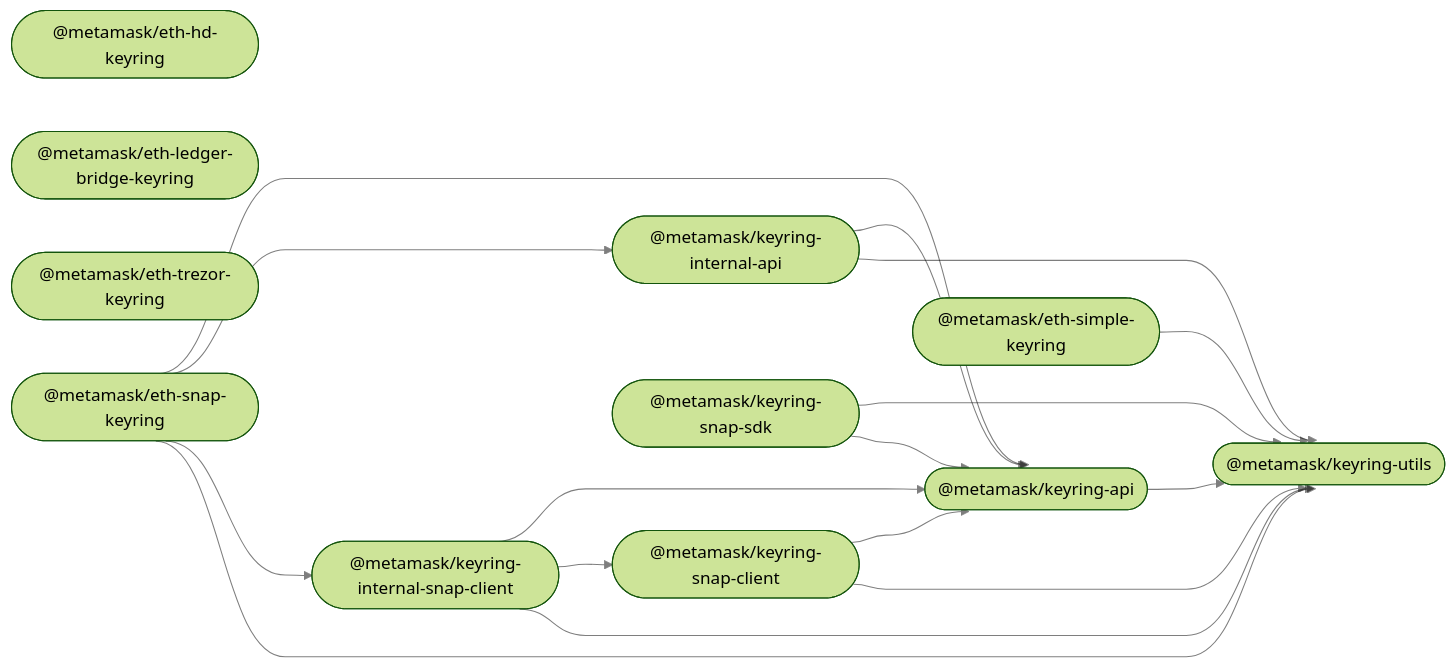
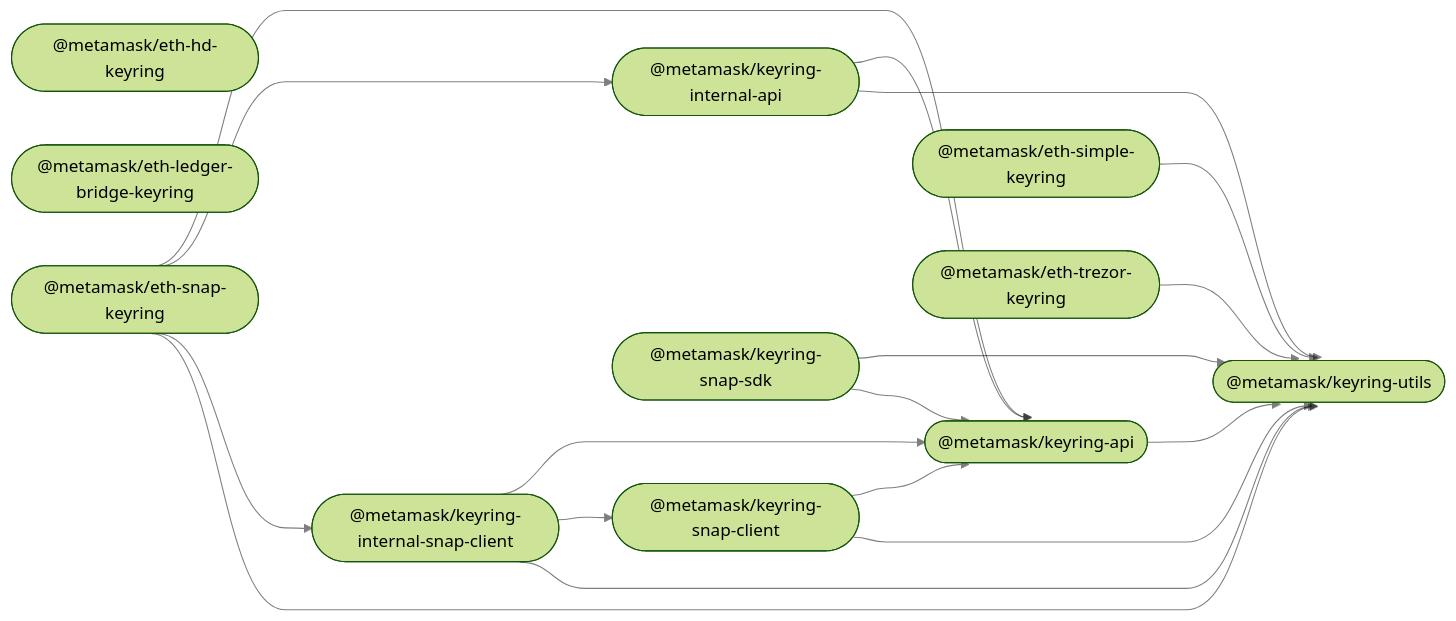
One commit to MetaMask/accounts changed the diagram in README.md. Above: the diagram before and after it, drawn with Mermaid (forest theme). The commit also changed 8 other files, not shown here.

First line of the commit message:
refactor!: `TrezorKeyring` implements `Keyring` type (#195)

````diff
--- a/README.md
+++ b/README.md
@@ -33,31 +33,32 @@
 ```mermaid
 %%{ init: { 'flowchart': { 'curve': 'bumpX' } } }%%
 graph LR;
 linkStyle default opacity:0.5
   keyring_api(["@metamask/keyring-api"]);
   eth_hd_keyring(["@metamask/eth-hd-keyring"]);
   eth_ledger_bridge_keyring(["@metamask/eth-ledger-bridge-keyring"]);
   eth_simple_keyring(["@metamask/eth-simple-keyring"]);
   eth_trezor_keyring(["@metamask/eth-trezor-keyring"]);
   keyring_internal_api(["@metamask/keyring-internal-api"]);
   keyring_internal_snap_client(["@metamask/keyring-internal-snap-client"]);
   eth_snap_keyring(["@metamask/eth-snap-keyring"]);
   keyring_snap_client(["@metamask/keyring-snap-client"]);
   keyring_snap_sdk(["@metamask/keyring-snap-sdk"]);
   keyring_utils(["@metamask/keyring-utils"]);
   keyring_api --> keyring_utils;
   eth_simple_keyring --> keyring_utils;
+  eth_trezor_keyring --> keyring_utils;
   keyring_internal_api --> keyring_api;
   keyring_internal_api --> keyring_utils;
   keyring_internal_snap_client --> keyring_api;
   keyring_internal_snap_client --> keyring_snap_client;
   keyring_internal_snap_client --> keyring_utils;
   eth_snap_keyring --> keyring_api;
   eth_snap_keyring --> keyring_internal_api;
   eth_snap_keyring --> keyring_internal_snap_client;
   eth_snap_keyring --> keyring_utils;
   keyring_snap_client --> keyring_api;
   keyring_snap_client --> keyring_utils;
   keyring_snap_sdk --> keyring_utils;
   keyring_snap_sdk --> keyring_api;
 ```
````
